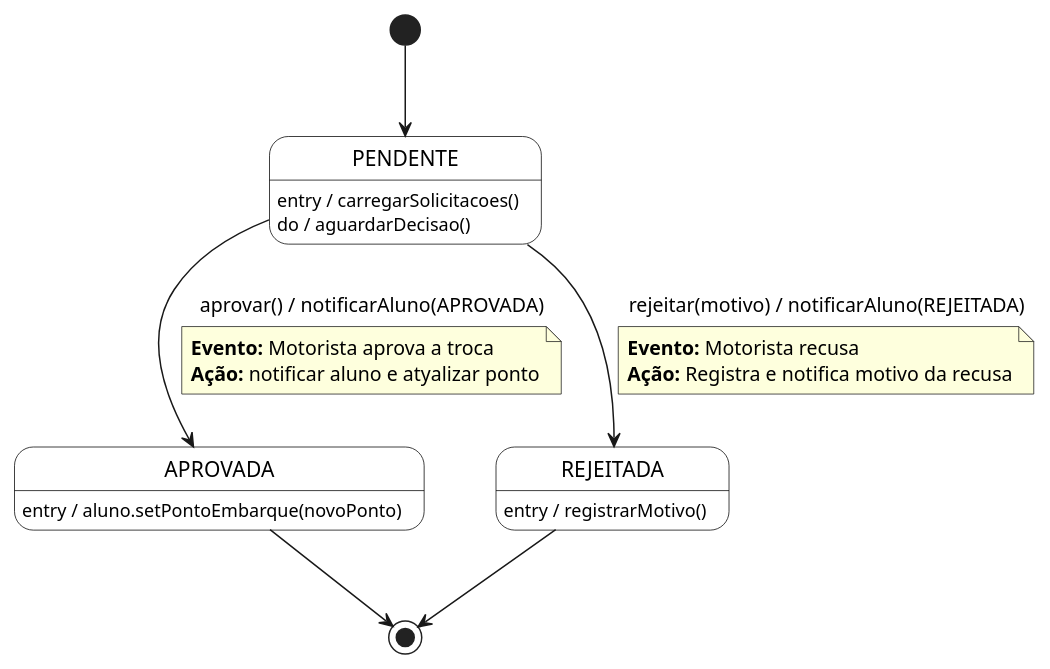
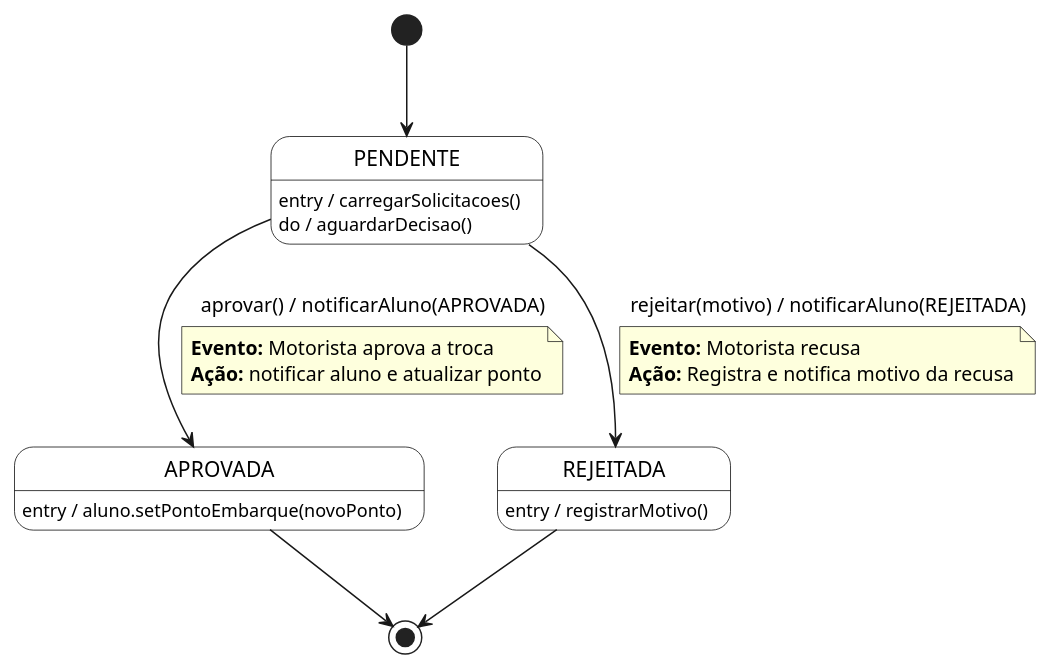
The diagram in estado/Caso_15_Estado.puml (viniciusdias2902/modelagem_uml), drawn with PlantUML before and after one commit. The commit also changed 3 other files, not shown here.

Commit message:
corrigido os  diagramas de estado

```diff
--- a/estado/Caso_15_Estado.puml
+++ b/estado/Caso_15_Estado.puml
@@ -1,33 +1,33 @@
 @startuml
 skinparam state {
   BackgroundColor White
   BorderColor Black
 }
 
 state "PENDENTE" as Pendente
 state "APROVADA" as Aprovada
 state "REJEITADA" as Rejeitada
 
 [*] --> Pendente
 
 Pendente : entry / carregarSolicitacoes()
 Pendente : do / aguardarDecisao()
 
 Pendente --> Aprovada : aprovar() / notificarAluno(APROVADA)
 note on link
   <b>Evento:</b> Motorista aprova a troca
-  <b>Ação:</b> notificar aluno e atyalizar ponto
+  <b>Ação:</b> notificar aluno e atualizar ponto
 end note
 
 Pendente --> Rejeitada : rejeitar(motivo) / notificarAluno(REJEITADA)
 note on link
   <b>Evento:</b> Motorista recusa
   <b>Ação:</b> Registra e notifica motivo da recusa
 end note
 
 Aprovada : entry / aluno.setPontoEmbarque(novoPonto)
 Rejeitada : entry / registrarMotivo()
 
 Aprovada --> [*]
 Rejeitada --> [*]
 @enduml
```
